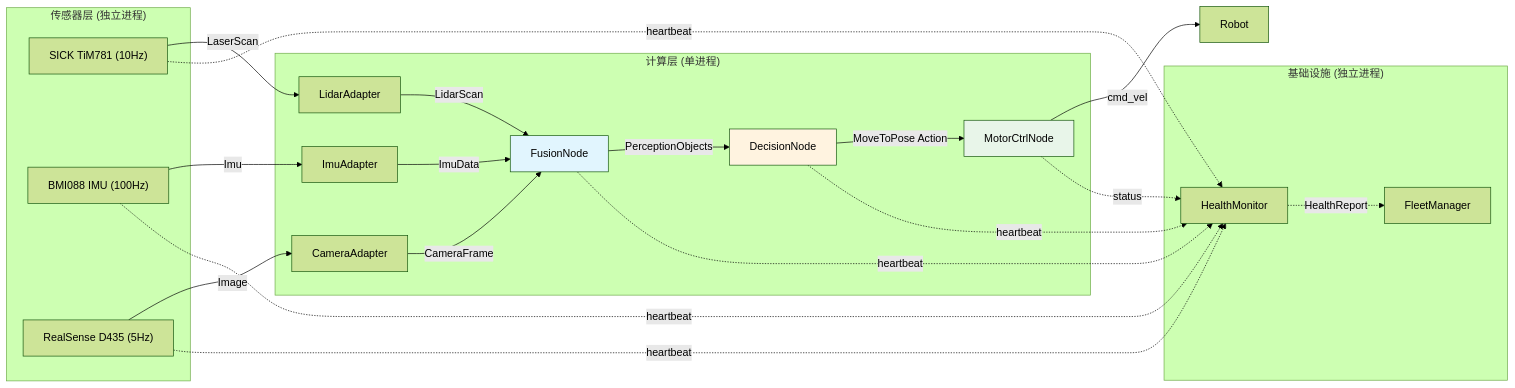
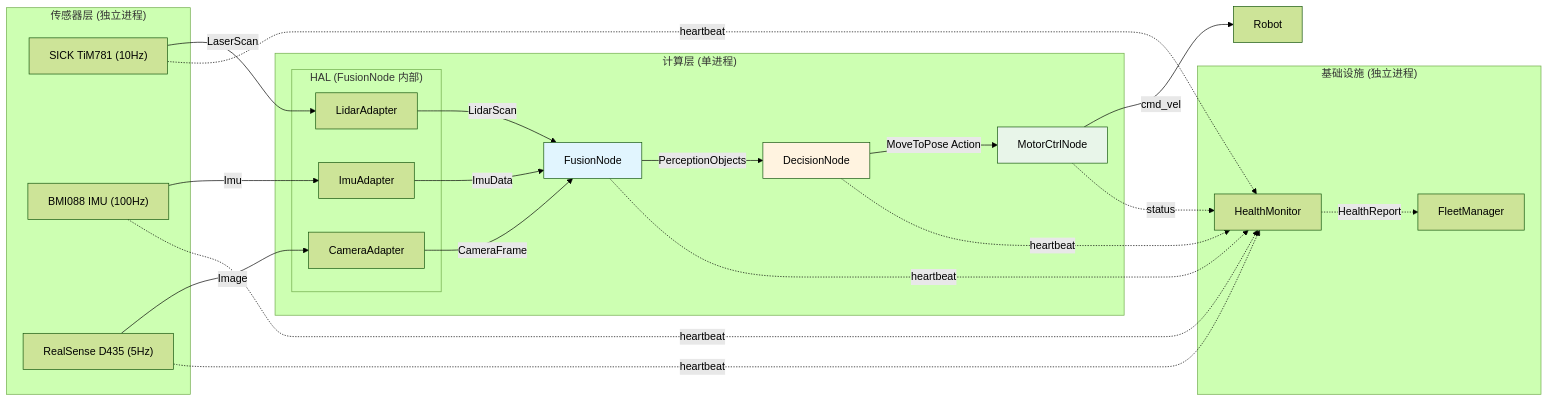
One commit to guang-lee-cn/ros2_robot_middleware changed the first of 3 diagrams in doc/ARCHITECTURE.md. Above: the diagram before and after it, drawn with Mermaid (forest theme). The commit also changed other lines of this file, not shown here.

Commit message:
docs: clarify HAL adapters inside FusionNode, add adapter class table

````diff
--- a/doc/ARCHITECTURE.md
+++ b/doc/ARCHITECTURE.md
@@ -10,45 +10,47 @@
 ```mermaid
 flowchart LR
     subgraph sensors["传感器层 (独立进程)"]
         L["SICK TiM781 (10Hz)"]
         I["BMI088 IMU (100Hz)"]
         C["RealSense D435 (5Hz)"]
     end
 
     subgraph compute["计算层 (单进程)"]
-        HAL_L["LidarAdapter"]
-        HAL_I["ImuAdapter"]
-        HAL_C["CameraAdapter"]
+        subgraph hal["HAL (FusionNode 内部)"]
+            HAL_L["LidarAdapter"]
+            HAL_I["ImuAdapter"]
+            HAL_C["CameraAdapter"]
+        end
         FUSION["FusionNode"]
         DECISION["DecisionNode"]
         MOTOR["MotorCtrlNode"]
     end
 
     subgraph infra["基础设施 (独立进程)"]
         HEALTH["HealthMonitor"]
         FLEET["FleetManager"]
     end
 
     L -->|"LaserScan"| HAL_L
     I -->|"Imu"| HAL_I
     C -->|"Image"| HAL_C
     HAL_L -->|"LidarScan"| FUSION
     HAL_I -->|"ImuData"| FUSION
     HAL_C -->|"CameraFrame"| FUSION
     FUSION -->|"PerceptionObjects"| DECISION
     DECISION -->|"MoveToPose Action"| MOTOR
     MOTOR -->|"cmd_vel"| ROBOT["Robot"]
 
     FUSION -.->|heartbeat| HEALTH
     DECISION -.->|heartbeat| HEALTH
     L -.->|heartbeat| HEALTH
     I -.->|heartbeat| HEALTH
     C -.->|heartbeat| HEALTH
     MOTOR -.->|status| HEALTH
 
     HEALTH -.->|"HealthReport"| FLEET
 
     style FUSION fill:#e1f5fe
     style DECISION fill:#fff3e0
     style MOTOR fill:#e8f5e9
 ```
````
